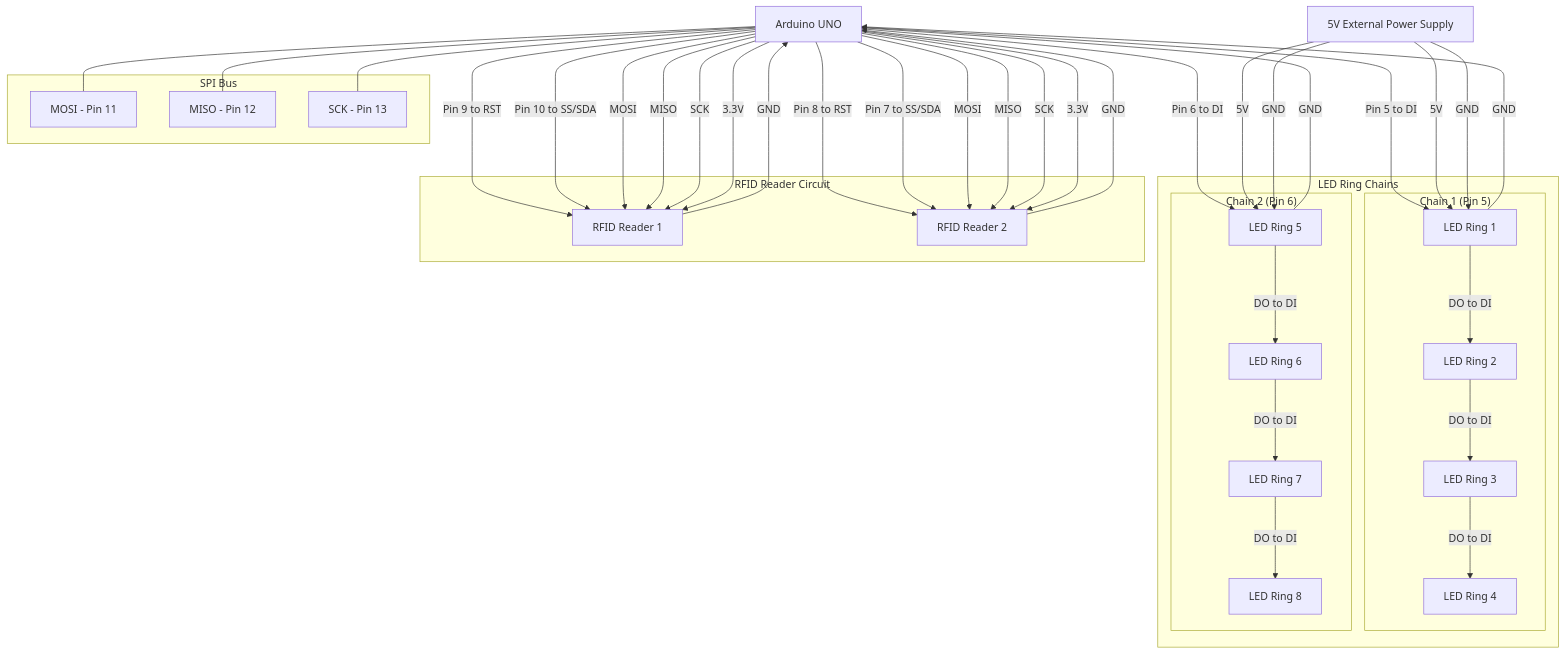
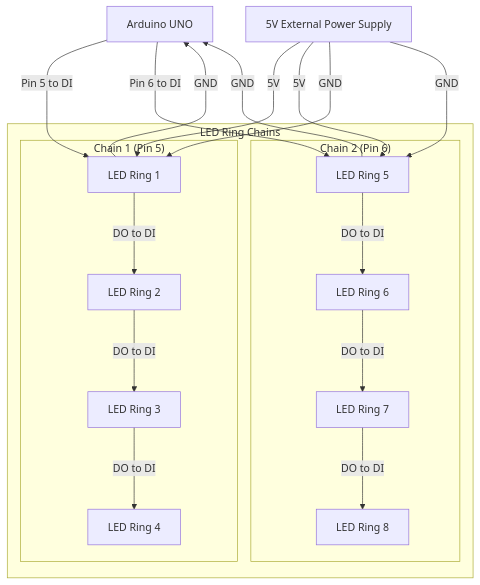
The diagram in wiring.md (a-schulz/ti-interactive-garden), drawn with Mermaid before and after one commit.

Commit message:
subset for presentation only leds

````diff
--- a/wiring.md
+++ b/wiring.md
@@ -4,4 +4,5 @@
 ```mermaid
+
 graph TD
     %% Arduino and main components
     ARDUINO[Arduino UNO]
@@ -16,25 +17,9 @@
     RING7[LED Ring 7]
     RING8[LED Ring 8]
     
-    %% RFID Readers - Only keeping 1 and 2
-    RFID1[RFID Reader 1]
-    RFID2[RFID Reader 2]
     
     %% Power Supply
     PWR[5V External Power Supply]
-    
-    %% Arduino connections to RFID readers - Digital pins
-    ARDUINO ---> |Pin 9 to RST| RFID1
-    ARDUINO ---> |Pin 10 to SS/SDA| RFID1
-    ARDUINO ---> |MOSI| RFID1
-    ARDUINO ---> |MISO| RFID1
-    ARDUINO ---> |SCK| RFID1
-    
-    ARDUINO ---> |Pin 8 to RST| RFID2
-    ARDUINO ---> |Pin 7 to SS/SDA| RFID2
-    ARDUINO ---> |MOSI| RFID2
-    ARDUINO ---> |MISO| RFID2
-    ARDUINO ---> |SCK| RFID2
     
     %% Arduino connection to LED Ring chains
     ARDUINO ---> |Pin 5 to DI| RING1
@@ -59,13 +44,6 @@
     %% Shared ground
     RING1 ---> |GND| ARDUINO
     RING5 ---> |GND| ARDUINO
-    RFID1 ---> |GND| ARDUINO
-    RFID2 ---> |GND| ARDUINO
-    
-    %% Power for RFID readers
-    ARDUINO ---> |3.3V| RFID1
-    ARDUINO ---> |3.3V| RFID2
-    
     %% Component descriptions
     subgraph "LED Ring Chains"
         subgraph "Chain 1 (Pin 5)"
@@ -82,19 +60,5 @@
         end
     end
     
-    subgraph "RFID Reader Circuit"
-        RFID1
-        RFID2
-    end
-    
-    %% SPI shared bus notation
-    subgraph "SPI Bus"
-        MOSI[MOSI - Pin 11]
-        MISO[MISO - Pin 12]
-        SCK[SCK - Pin 13]
-    end
-    
-    ARDUINO --- MOSI
-    ARDUINO --- MISO
-    ARDUINO --- SCK
+
 ```
````
